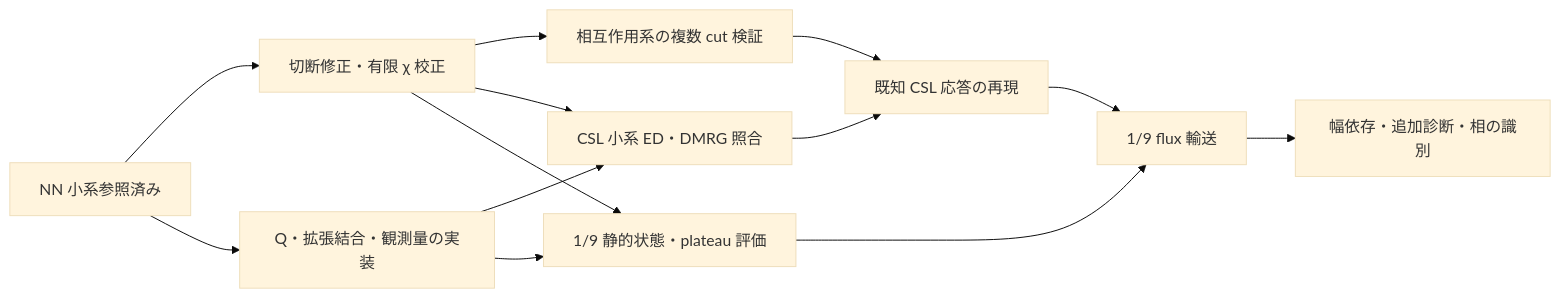
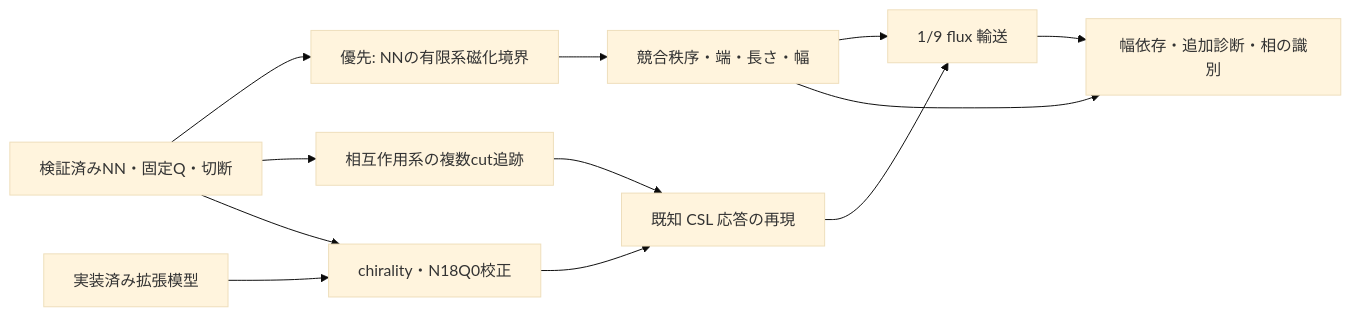
The diagram in ROADMAP.md (MGYamada/KagomeDMRG.jl), drawn with Mermaid (base theme) before and after one commit. The commit also changed other lines of this file and 240 other files, not shown here.

````diff
--- a/ROADMAP.md
+++ b/ROADMAP.md
@@ -217,15 +256,14 @@
 ```mermaid
 flowchart LR
-  P0[NN 小系参照済み] --> P1[切断修正・有限 χ 校正]
-  P0 --> API[Q・拡張結合・観測量の実装]
-  P1 --> P2[相互作用系の複数 cut 検証]
-  API --> P3a[CSL 小系 ED・DMRG 照合]
-  P1 --> P3a
+  BASE[検証済みNN・固定Q・切断] --> STATIC[優先: NNの有限系磁化境界]
+  STATIC --> ORDER[競合秩序・端・長さ・幅]
+  BASE --> P2[相互作用系の複数cut追跡]
+  CSL[実装済み拡張模型] --> P3a[chirality・N18Q0校正]
+  BASE --> P3a
   P2 --> P3b[既知 CSL 応答の再現]
   P3a --> P3b
-  P1 --> P4a[1/9 静的状態・plateau 評価]
-  API --> P4a
   P3b --> P4b[1/9 flux 輸送]
-  P4a --> P4b
-  P4b --> P6[幅依存・追加診断・相の識別]
+  ORDER --> P4b
+  ORDER --> P6[幅依存・追加診断・相の識別]
+  P4b --> P6
 ```
````
